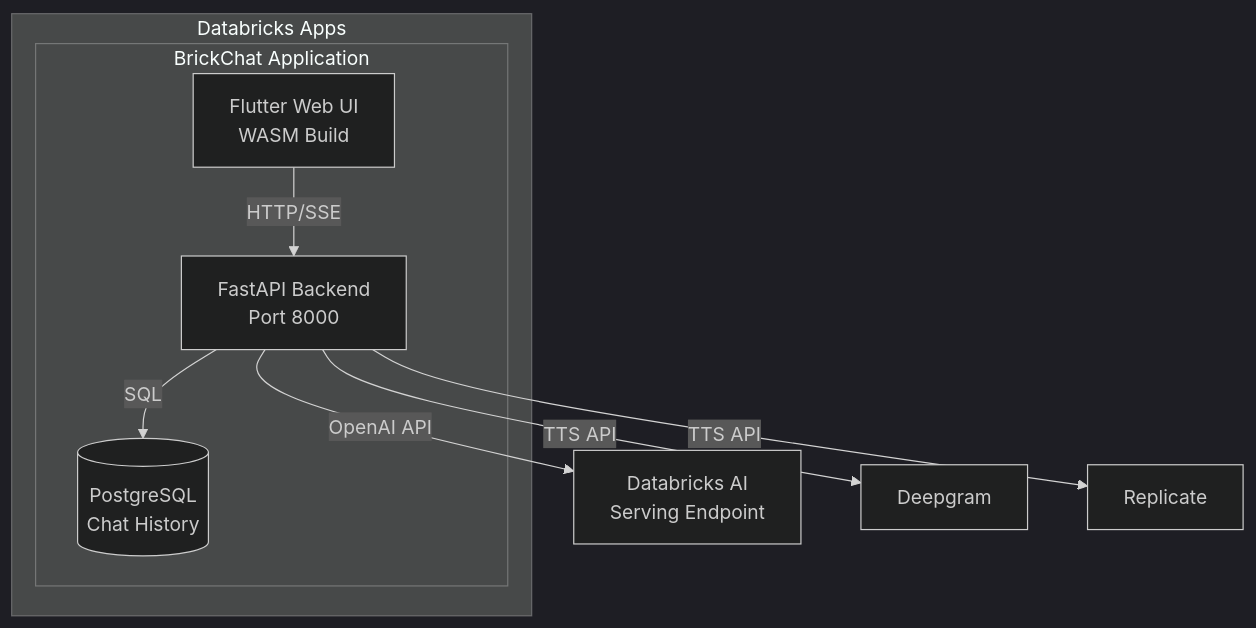
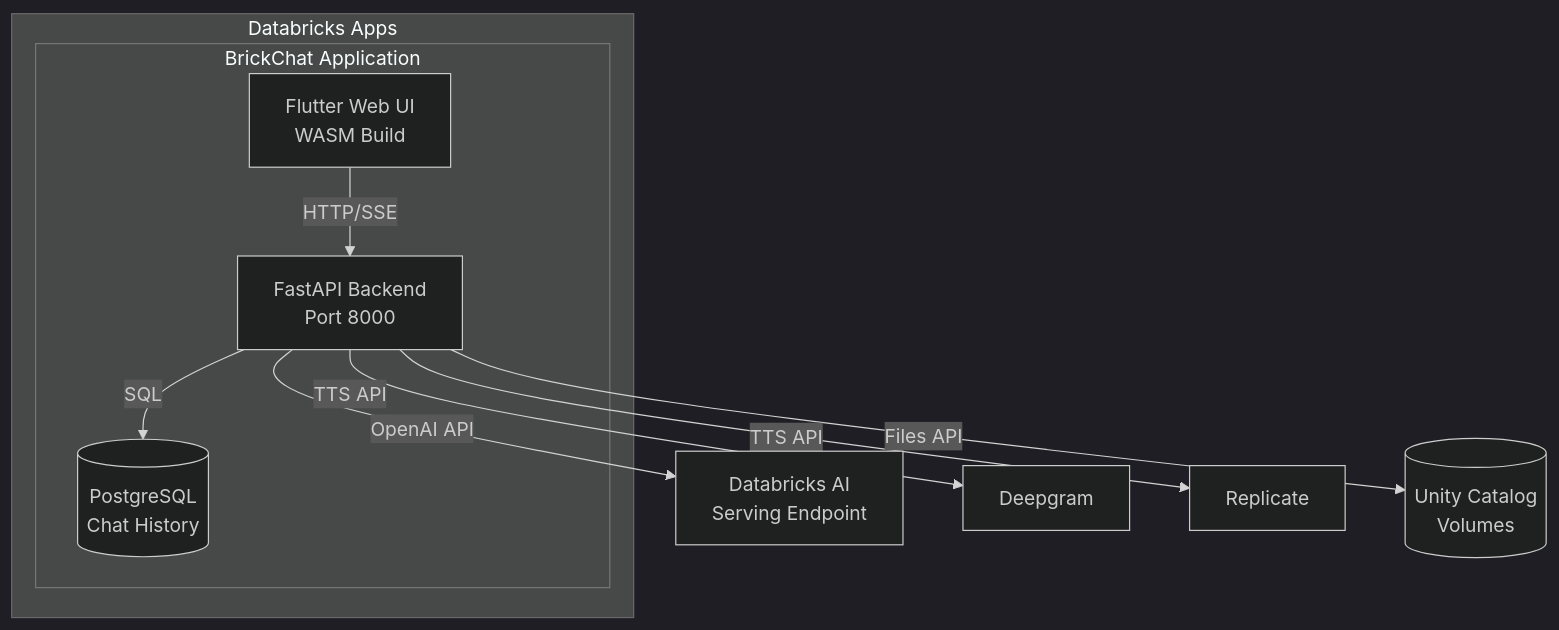
The diagram in README.md (datasciencemonkey/brickchat), drawn with Mermaid (dark theme) before and after one commit. The commit also changed other lines of this file and 8 other files, not shown here.

````diff
--- a/README.md
+++ b/README.md
@@ -18,16 +19,17 @@
 ```mermaid
 flowchart TB
     subgraph "Databricks Apps"
         subgraph "BrickChat Application"
             UI[Flutter Web UI<br/>WASM Build]
             API[FastAPI Backend<br/>Port 8000]
             DB[(PostgreSQL<br/>Chat History)]
         end
     end
 
     UI -->|HTTP/SSE| API
     API -->|SQL| DB
     API -->|OpenAI API| DAI[Databricks AI<br/>Serving Endpoint]
     API -->|TTS API| DG[Deepgram]
     API -->|TTS API| REP[Replicate]
+    API -->|Files API| UC[(Unity Catalog<br/>Volumes)]
 ```
````
